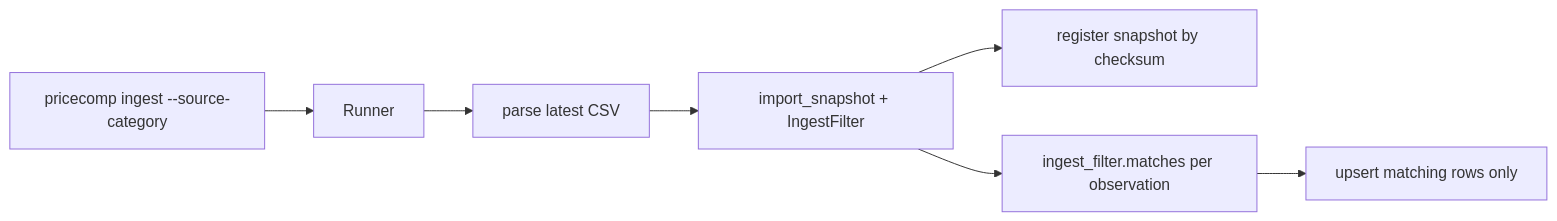
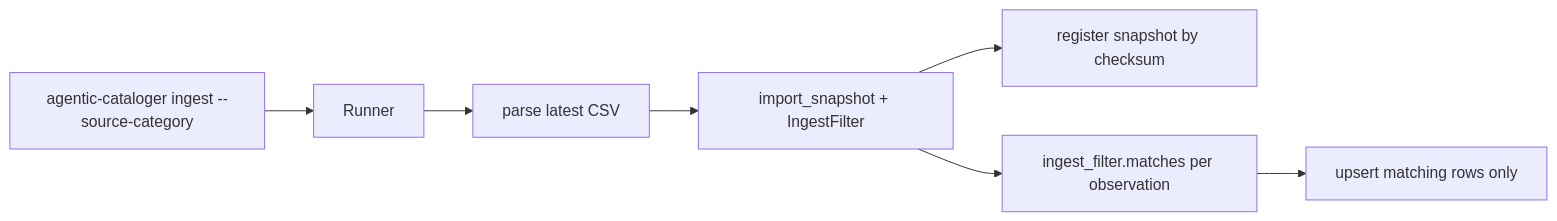
One commit to nathanvogel/agentic-cataloger changed the diagram in docs/plans/20260803-backend-ingest-filter.md. Above: the diagram before and after it, drawn with Mermaid. The commit also changed other lines of this file and 84 other files, not shown here.

Commit message:
refactor: Rename project to agentic-cataloger

````diff
--- a/docs/plans/20260803-backend-ingest-filter.md
+++ b/docs/plans/20260803-backend-ingest-filter.md
@@ -17,9 +17,9 @@
 ```mermaid
 flowchart LR
-  CLI["pricecomp ingest --source-category"] --> Runner
+  CLI["agentic-cataloger ingest --source-category"] --> Runner
   Runner --> Parse["parse latest CSV"]
   Parse --> Import["import_snapshot + IngestFilter"]
   Import --> Snap["register snapshot by checksum"]
   Import --> Filter["ingest_filter.matches per observation"]
   Filter --> Upsert["upsert matching rows only"]
 ```
````
